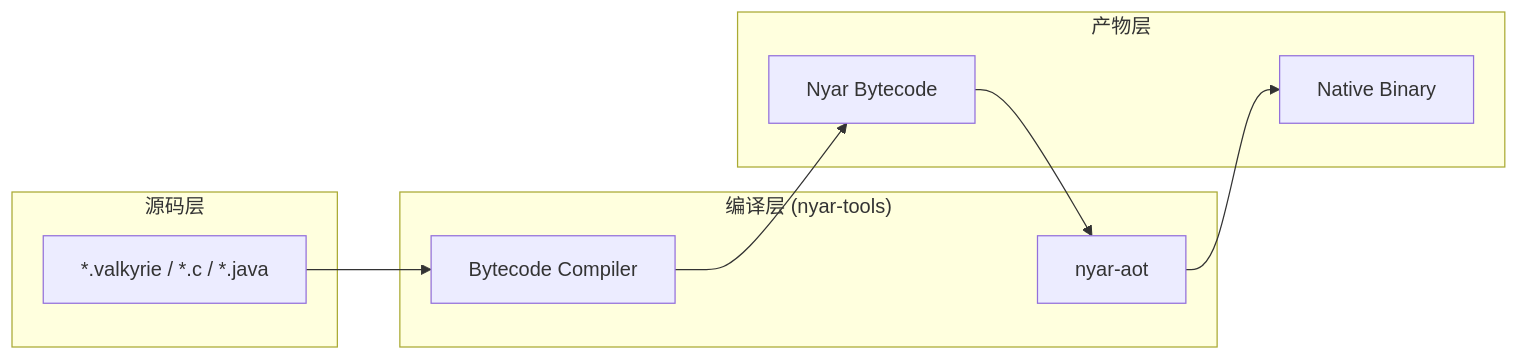
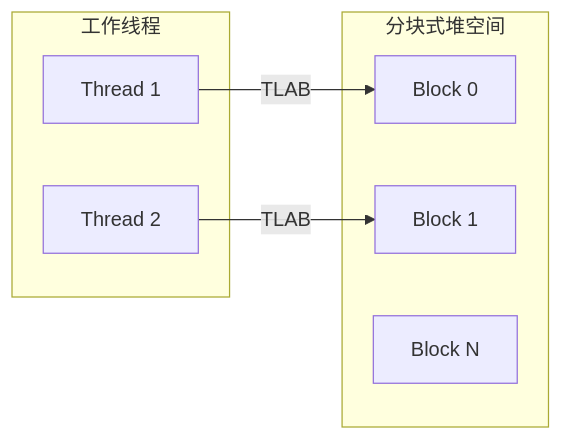
One commit to nyar-vm/nyar-vm changed the sixth of 6 diagrams in readme.md. Above: the diagram before and after it, drawn with Mermaid. The commit also changed other lines of this file, not shown here.

````diff
--- a/readme.md
+++ b/readme.md
@@ -117,21 +113,13 @@
 ```mermaid
 graph LR
-    subgraph Source ["源码层"]
-        Src[*.valkyrie / *.c / *.java]
+    subgraph GC_Heap ["分块式堆空间"]
+        Block1[Block 0]
+        Block2[Block 1]
+        BlockN[Block N]
     end
-
-    subgraph Build ["编译层 (nyar-tools)"]
-        AOT_Tool[nyar-aot]
-        IR_Gen[Bytecode Compiler]
+    
+    subgraph Threads ["工作线程"]
+        T1[Thread 1] -->|TLAB| Block1
+        T2[Thread 2] -->|TLAB| Block2
     end
-
-    subgraph Binary ["产物层"]
-        Native[Native Binary]
-        Bytecode[Nyar Bytecode]
-    end
-
-    Src --> IR_Gen
-    IR_Gen --> Bytecode
-    Bytecode --> AOT_Tool
-    AOT_Tool --> Native
 ```
````
